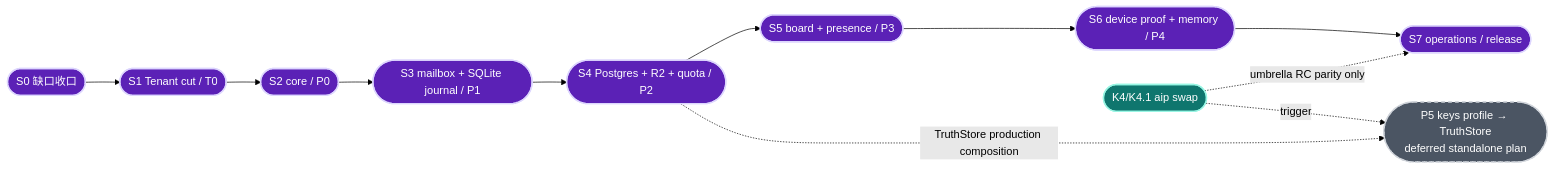
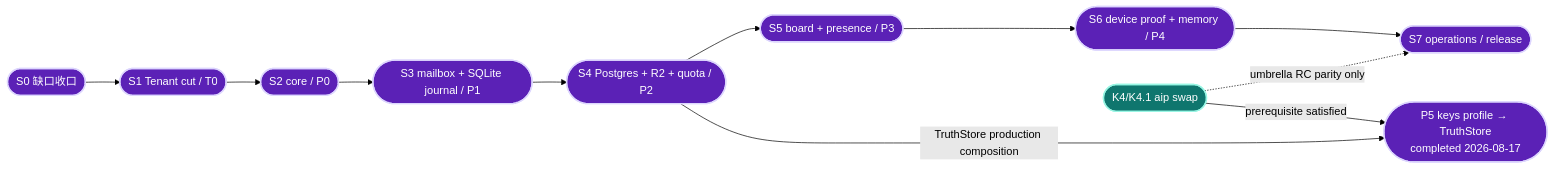
Diagram 23 of 23 in docs/architecture/sdk-architecture.md (Ancienttwo/byok-sdk), drawn with Mermaid (forest theme) before and after one commit. The commit also changed other lines of this file and 23 other files, not shown here.

Commit message:
feat(keys): persist provider profiles in TruthStore

````diff
--- a/docs/architecture/sdk-architecture.md
+++ b/docs/architecture/sdk-architecture.md
@@ -1649,22 +1649,22 @@
 ```mermaid
 flowchart LR
   classDef stage fill:#5b21b6,stroke:#ddd6fe,stroke-width:2px,color:#fff
   classDef parallel fill:#0f766e,stroke:#99f6e4,stroke-width:2px,color:#fff
   classDef deferred fill:#4b5563,stroke:#d1d5db,stroke-width:2px,color:#fff,stroke-dasharray:5 5
 
   S0(["S0 缺口收口"]):::stage
   S1(["S1 Tenant cut / T0"]):::stage
   S2(["S2 core / P0"]):::stage
   S3(["S3 mailbox + SQLite journal / P1"]):::stage
   S4(["S4 Postgres + R2 + quota / P2"]):::stage
   S5(["S5 board + presence / P3"]):::stage
   S6(["S6 device proof + memory / P4"]):::stage
   S7(["S7 operations / release"]):::stage
   K4(["K4/K4.1 aip swap"]):::parallel
-  P5(["P5 keys profile → TruthStore<br/>deferred standalone plan"]):::deferred
+  P5(["P5 keys profile → TruthStore<br/>completed 2026-08-17"]):::stage
 
   S0 --> S1 --> S2 --> S3 --> S4 --> S5 --> S6 --> S7
   K4 -.->|"umbrella RC parity only"| S7
-  K4 -.->|"trigger"| P5
-  S4 -.->|"TruthStore production composition"| P5
+  K4 -->|"prerequisite satisfied"| P5
+  S4 -->|"TruthStore production composition"| P5
 ```
````
